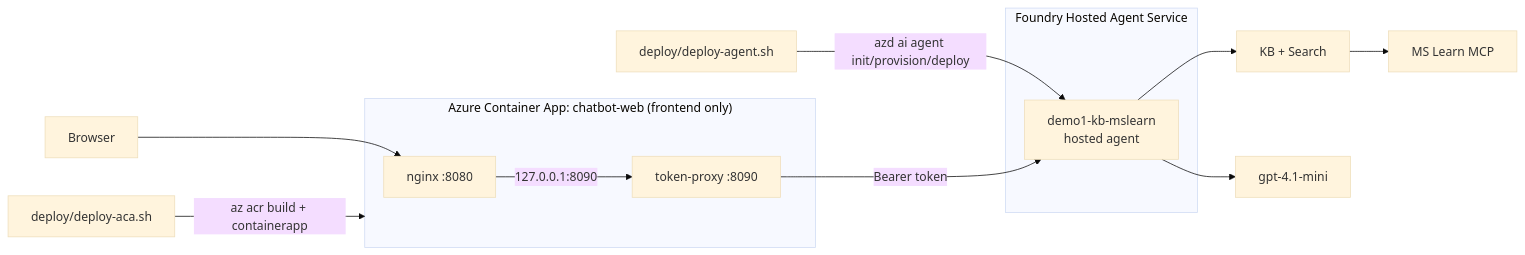
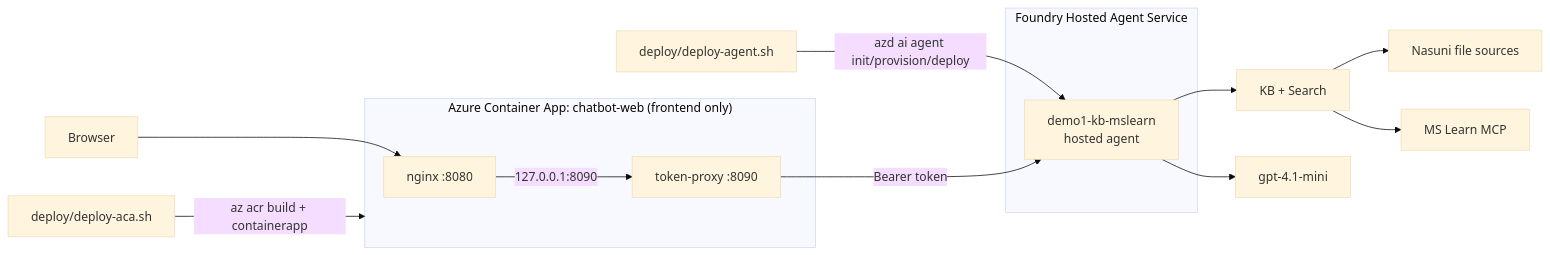
Before and after one commit to michaelsrichter/nasuni-azure-assistant: the third of 4 diagrams in docs/architecture.md, drawn with Mermaid (base theme). The commit also changed other lines of this file and 9 other files, not shown here.

First line of the commit message:
Attach Nasuni file sources to KB; source badges, grounding guardrails, scroll fix

````diff
--- a/docs/architecture.md
+++ b/docs/architecture.md
@@ -124,18 +128,19 @@
 ```mermaid
 flowchart LR
     subgraph Foundry["Foundry Hosted Agent Service"]
       AG[demo1-kb-mslearn<br/>hosted agent]
     end
     subgraph ACA["Azure Container App: chatbot-web (frontend only)"]
       NGX[nginx :8080]
       PRX[token-proxy :8090]
     end
     DevA[deploy/deploy-agent.sh] -->|azd ai agent init/provision/deploy| AG
     DevB[deploy/deploy-aca.sh] -->|az acr build + containerapp| ACA
     Browser --> NGX
     NGX -- 127.0.0.1:8090 --> PRX
     PRX -- Bearer token --> AG
     AG --> KB[KB + Search]
     AG --> LLM[gpt-4.1-mini]
+    KB --> NAS[Nasuni file sources]
     KB --> MCP[MS Learn MCP]
 ```
````
